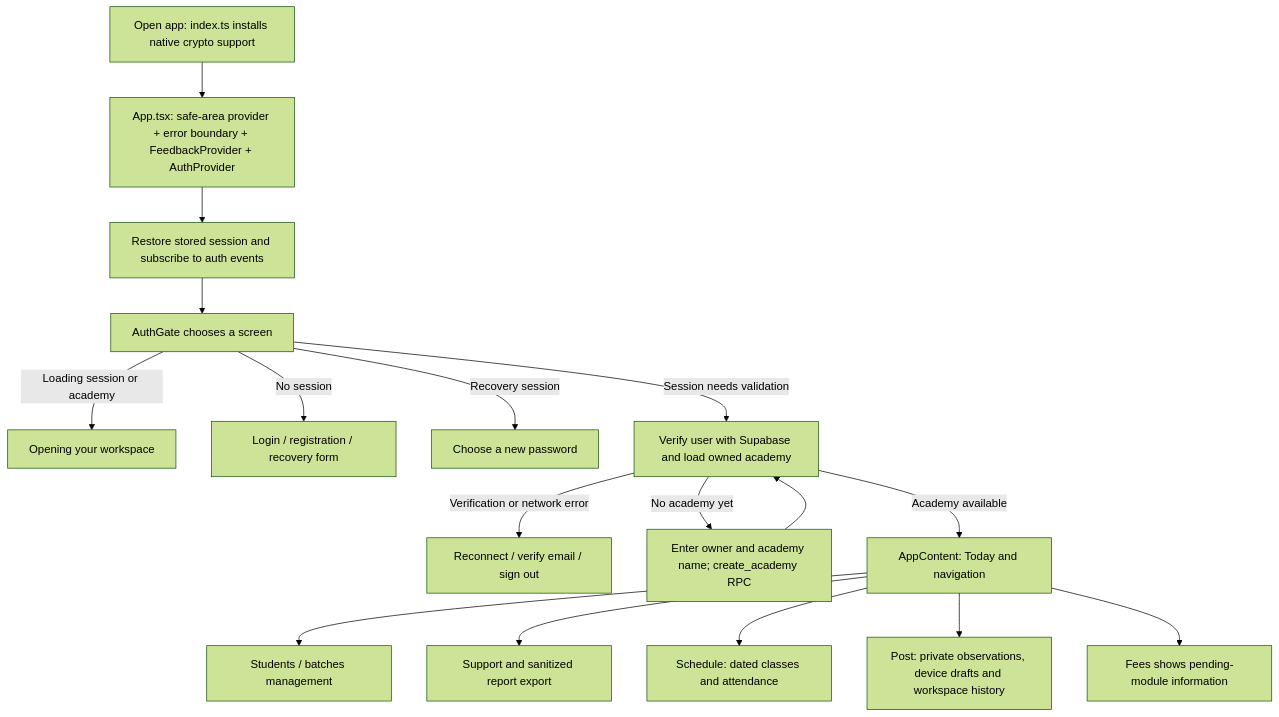
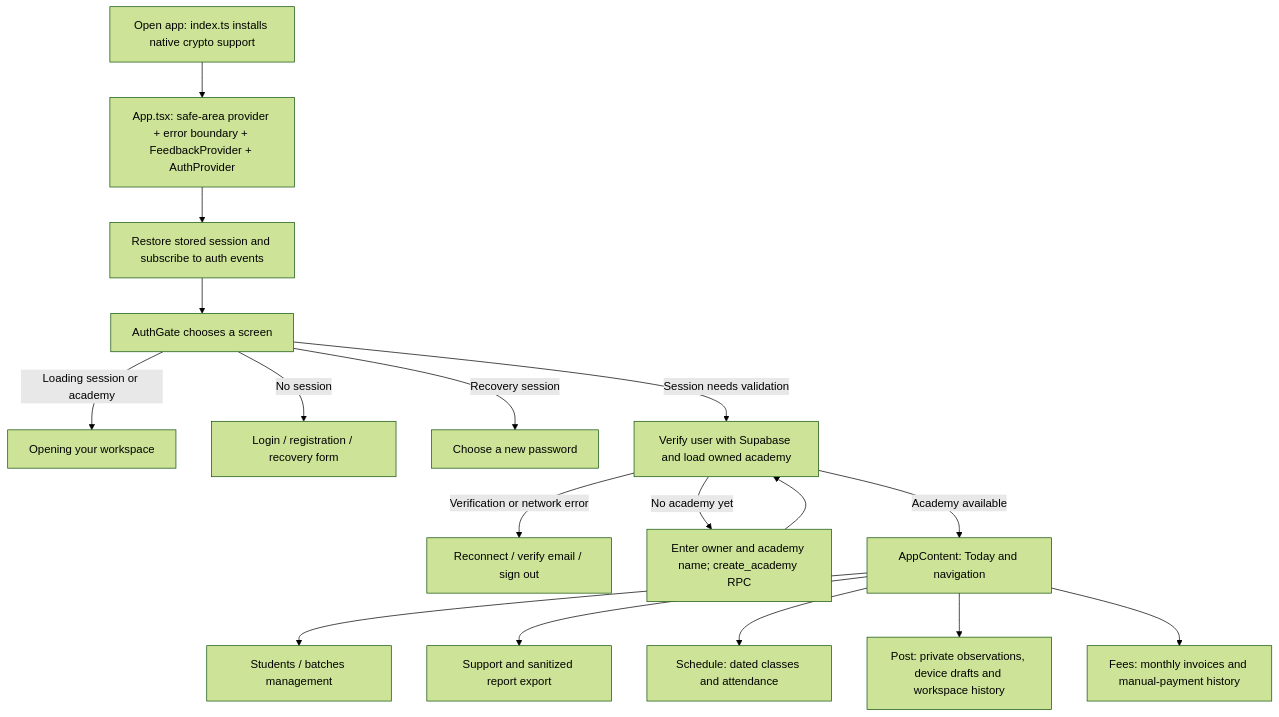
The second of 8 diagrams in docs/ARCHITECTURE.md (appsworld2027/Parent-plus-), drawn with Mermaid (forest theme) before and after one commit. The commit also changed other lines of this file and 26 other files, not shown here.

Commit message:
Build monthly invoices and manual payment ledger with safe retry recovery

````diff
--- a/docs/ARCHITECTURE.md
+++ b/docs/ARCHITECTURE.md
@@ -50,19 +50,19 @@
 ```mermaid
 flowchart TD
     Start["Open app: index.ts installs native crypto support"] --> Root["App.tsx: safe-area provider + error boundary + FeedbackProvider + AuthProvider"]
     Root --> Session["Restore stored session and subscribe to auth events"]
     Session --> Gate["AuthGate chooses a screen"]
     Gate -->|"Loading session or academy"| Loading["Opening your workspace"]
     Gate -->|"No session"| Login["Login / registration / recovery form"]
     Gate -->|"Recovery session"| Password["Choose a new password"]
     Gate -->|"Session needs validation"| User["Verify user with Supabase and load owned academy"]
     User -->|"Verification or network error"| Retry["Reconnect / verify email / sign out"]
     User -->|"No academy yet"| Setup["Enter owner and academy name; create_academy RPC"]
     Setup --> User
     User -->|"Academy available"| Home["AppContent: Today and navigation"]
     Home --> Students["Students / batches management"]
     Home --> Support["Support and sanitized report export"]
     Home --> Classes["Schedule: dated classes and attendance"]
     Home --> Notes["Post: private observations, device drafts and workspace history"]
-    Home --> Later["Fees shows pending-module information"]
+    Home --> Fees["Fees: monthly invoices and manual-payment history"]
 ```
````
